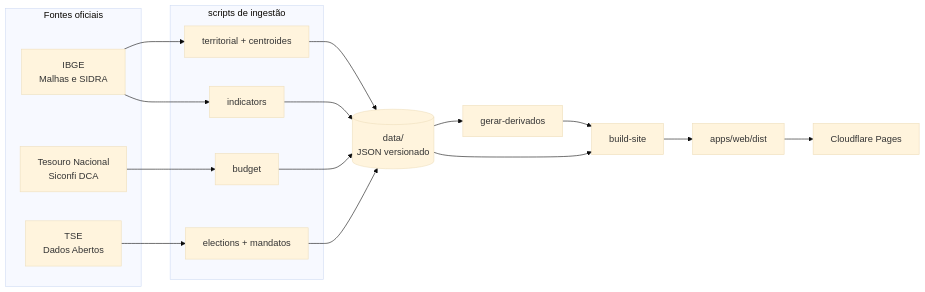
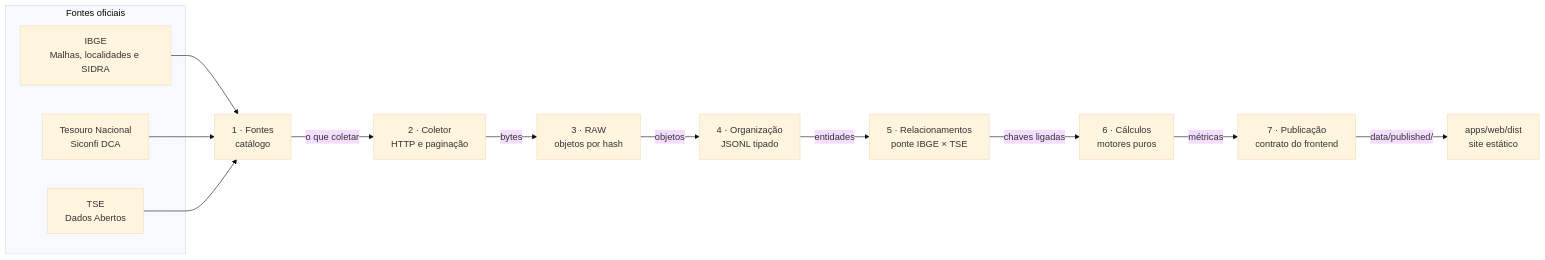
The second of 4 diagrams in docs/FUNCIONALIDADES.md (EmersonJSC/observatorio-economico), drawn with Mermaid (base theme) before and after one commit. The commit also changed other lines of this file and 397 other files, not shown here.

````diff
--- a/docs/FUNCIONALIDADES.md
+++ b/docs/FUNCIONALIDADES.md
@@ -56,29 +59,28 @@
 ```mermaid
 flowchart LR
-  subgraph FONTES["Fontes oficiais"]
-    IBGE["IBGE<br/>Malhas e SIDRA"]
+  subgraph F1["Fontes oficiais"]
+    IBGE["IBGE<br/>Malhas, localidades e SIDRA"]
     STN["Tesouro Nacional<br/>Siconfi DCA"]
     TSE["TSE<br/>Dados Abertos"]
   end
 
-  subgraph INGESTAO["scripts de ingestão"]
-    S1["territorial + centroides"]
-    S2["indicators"]
-    S3["budget"]
-    S4["elections + mandatos"]
-  end
+  C1["1 · Fontes<br/>catálogo"]
+  C2["2 · Coletor<br/>HTTP e paginação"]
+  C3["3 · RAW<br/>objetos por hash"]
+  C4["4 · Organização<br/>JSONL tipado"]
+  C5["5 · Relacionamentos<br/>ponte IBGE × TSE"]
+  C6["6 · Cálculos<br/>motores puros"]
+  C7["7 · Publicação<br/>contrato do frontend"]
+  DIST["apps/web/dist<br/>site estático"]
 
-  DATA[("data/<br/>JSON versionado")]
-  DERIV["gerar-derivados"]
-  BUILD["build-site"]
-  DIST["apps/web/dist"]
-  PAGES["Cloudflare Pages"]
-
-  IBGE --> S1 --> DATA
-  IBGE --> S2 --> DATA
-  STN --> S3 --> DATA
-  TSE --> S4 --> DATA
-  DATA --> DERIV --> BUILD
-  DATA --> BUILD
-  BUILD --> DIST --> PAGES
+  IBGE --> C1
+  STN --> C1
+  TSE --> C1
+  C1 -->|"o que coletar"| C2
+  C2 -->|"bytes"| C3
+  C3 -->|"objetos"| C4
+  C4 -->|"entidades"| C5
+  C5 -->|"chaves ligadas"| C6
+  C6 -->|"métricas"| C7
+  C7 -->|"data/published/"| DIST
 ```
````
